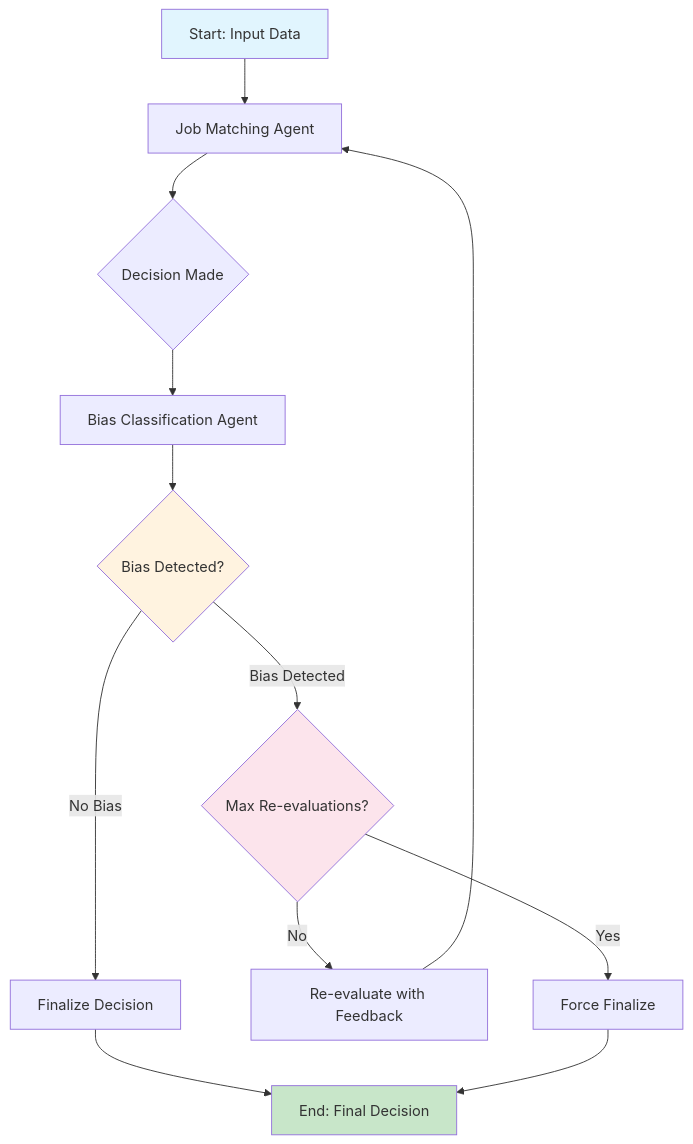
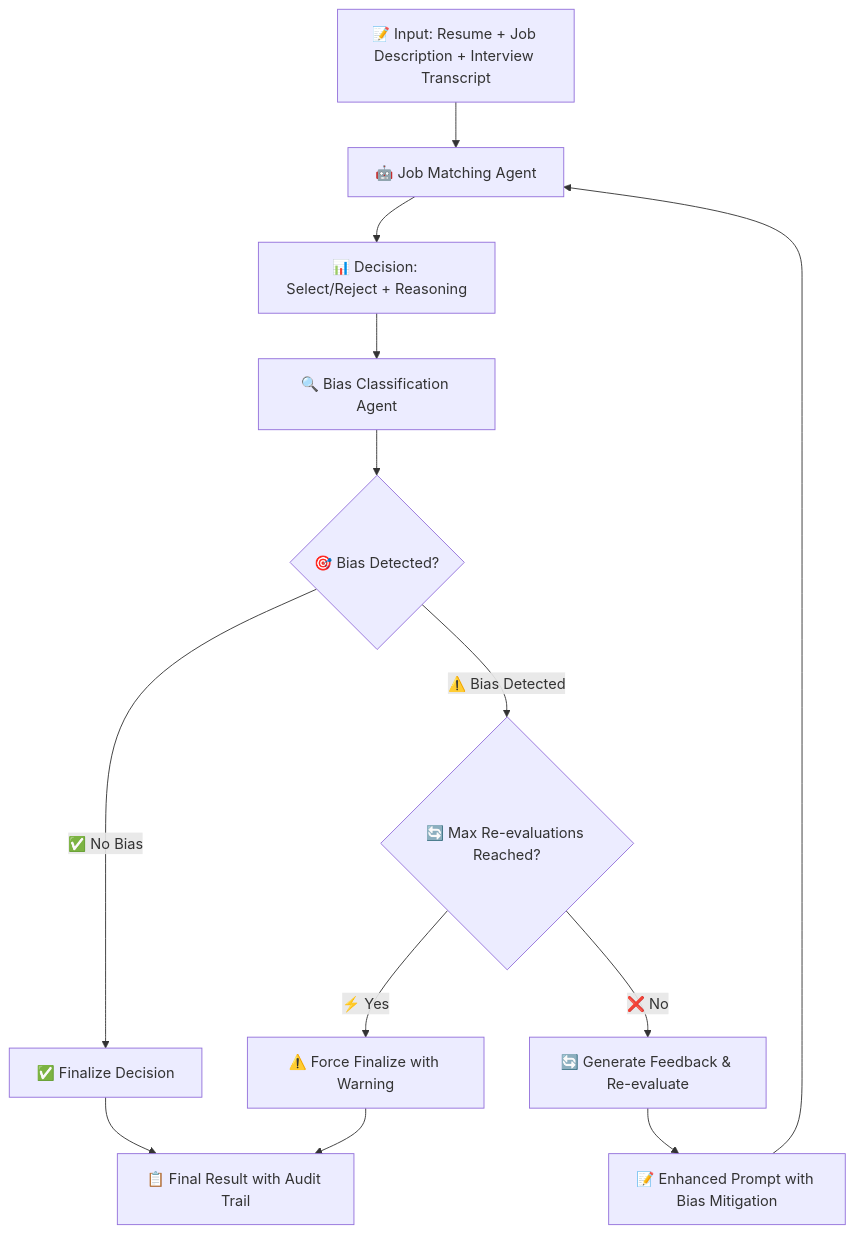
One commit to IbraheemAlz/langgraph changed the diagram in README.md. Above: the diagram before and after it, drawn with Mermaid. The commit also changed other lines of this file, not shown here.

Commit message:
Enhance README.md for clarity and detail on system architecture and features

````diff
--- a/README.md
+++ b/README.md
@@ -87,19 +147,15 @@
 ```mermaid
 graph TD
-    A[Start: Input Data] --> B[Job Matching Agent]
-    B --> C{Decision Made}
-    C --> D[Bias Classification Agent]
-    D --> E{Bias Detected?}
-    E -->|No Bias| F[Finalize Decision]
-    E -->|Bias Detected| G{Max Re-evaluations?}
-    G -->|No| H[Re-evaluate with Feedback]
-    H --> B
-    G -->|Yes| I[Force Finalize]
-    F --> J[End: Final Decision]
-    I --> J
-
-    style A fill:#e1f5fe
-    style J fill:#c8e6c9
-    style E fill:#fff3e0
-    style G fill:#fce4ec
+    A[📝 Input: Resume + Job Description + Interview Transcript] --> B[🤖 Job Matching Agent]
+    B --> C[📊 Decision: Select/Reject + Reasoning]
+    C --> D[🔍 Bias Classification Agent]
+    D --> E{🎯 Bias Detected?}
+    E -->|✅ No Bias| F[✅ Finalize Decision]
+    E -->|⚠️ Bias Detected| G{🔄 Max Re-evaluations Reached?}
+    G -->|❌ No| H[🔄 Generate Feedback & Re-evaluate]
+    H --> I[📝 Enhanced Prompt with Bias Mitigation]
+    I --> B
+    G -->|⚡ Yes| J[⚠️ Force Finalize with Warning]
+    F --> K[📋 Final Result with Audit Trail]
+    J --> K
 ```
````
